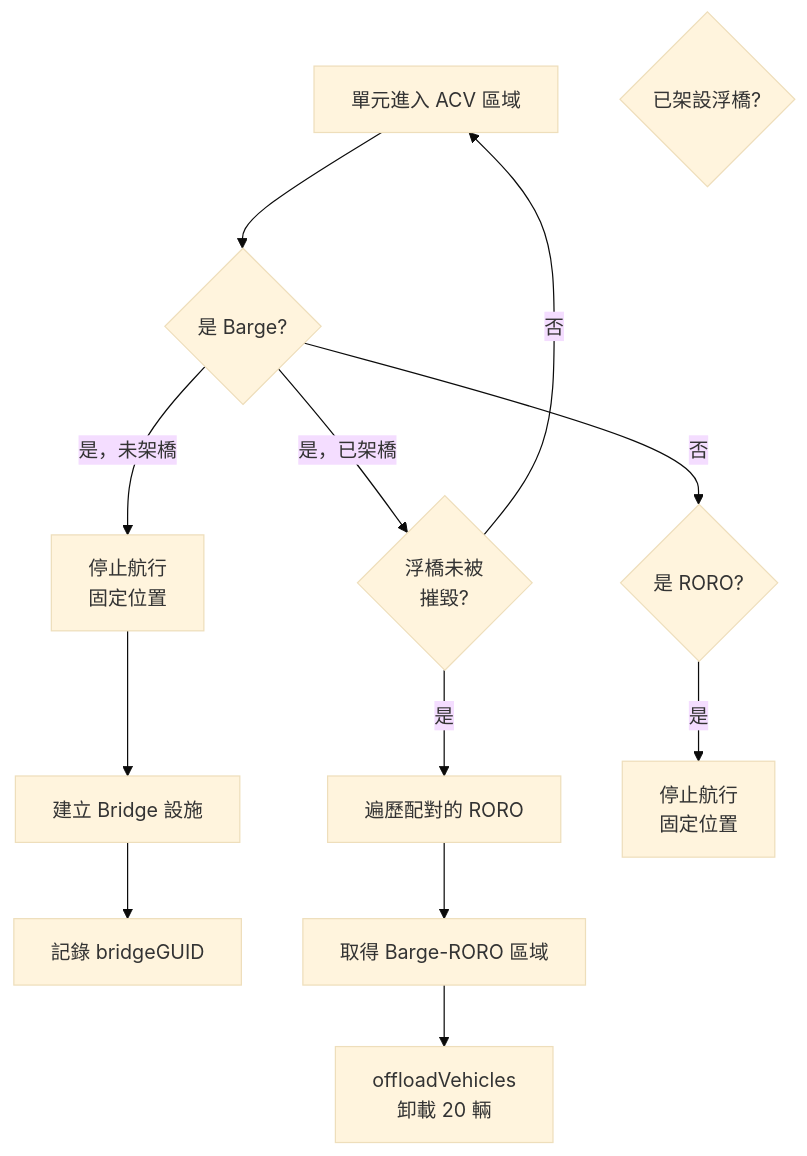
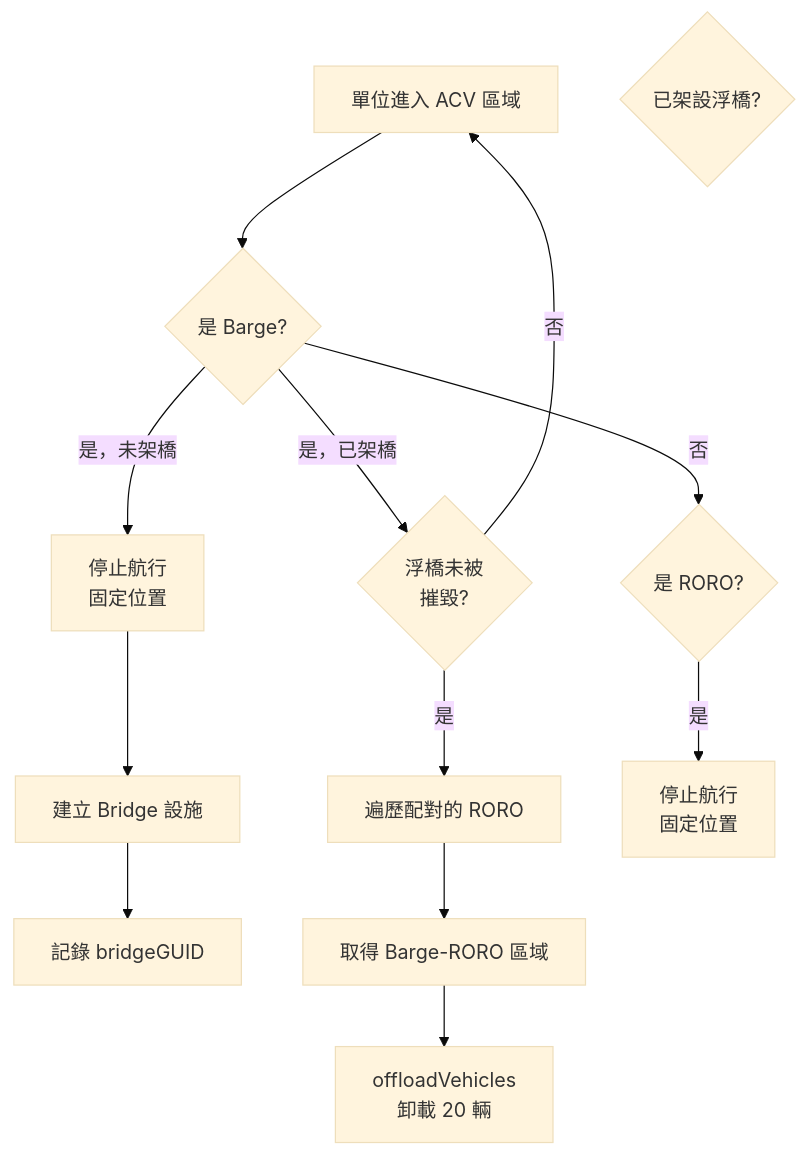
Before and after one commit to pullupjumper/formosa-in-flames: the fifth of 5 diagrams in docs/landingOps/secondWaveUnloading.md, drawn with Mermaid (base theme). The commit also changed other lines of this file and 15 other files, not shown here.

First line of the commit message:
refactor(landing-ops): restructure amphibious operations config schema and flatten data hierarchy

````diff
--- a/docs/landingOps/secondWaveUnloading.md
+++ b/docs/landingOps/secondWaveUnloading.md
@@ -137,23 +137,23 @@
 ```mermaid
 flowchart TD
-    TRIGGER["單元進入 ACV 區域"]
+    TRIGGER["單位進入 ACV 區域"]
     IS_BARGE{是 Barge?}
     HAS_BRIDGE{已架設浮橋?}
     STOP["停止航行<br>固定位置"]
     ADD_BRIDGE["建立 Bridge 設施"]
     SAVE_BRIDGE["記錄 bridgeGUID"]
     BRIDGE_OK{浮橋未被<br>摧毀?}
     ITER_RORO["遍歷配對的 RORO"]
     GET_ZONE["取得 Barge-RORO 區域"]
     OFFLOAD["offloadVehicles<br>卸載 20 輛"]
     IS_RORO{是 RORO?}
     STOP_RORO["停止航行<br>固定位置"]
 
     TRIGGER --> IS_BARGE
     IS_BARGE -->|是，未架橋| STOP --> ADD_BRIDGE --> SAVE_BRIDGE
     IS_BARGE -->|是，已架橋| BRIDGE_OK
     BRIDGE_OK -->|是| ITER_RORO --> GET_ZONE --> OFFLOAD
     BRIDGE_OK -->|否| TRIGGER
     IS_BARGE -->|否| IS_RORO
     IS_RORO -->|是| STOP_RORO
 ```
````
